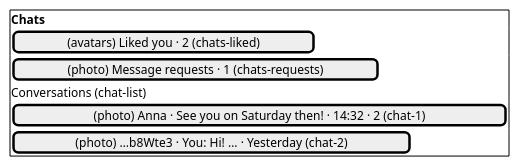
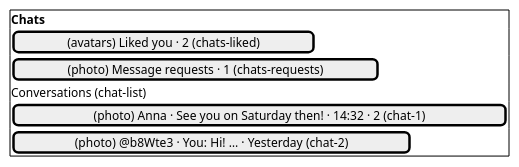
One commit to abbat/dyapp changed diagram 11 of 15 in docs/design/desktop-screens.md. Above: the diagram before and after it, drawn with PlantUML. The commit also changed other lines of this file and 2 other files, not shown here.

````diff
--- a/docs/design/desktop-screens.md
+++ b/docs/design/desktop-screens.md
@@ -215,12 +215,12 @@
 ```plantuml
 @startsalt
 {+
 <b>Chats
 [(avatars) Liked you · 2 (chats-liked)]
 [(photo) Message requests · 1 (chats-requests)]
 Conversations (chat-list)
 [(photo) Anna · See you on Saturday then! · 14:32 · 2 (chat-1)]
-[(photo) …b8Wte3 · You: Hi! … · Yesterday (chat-2)]
+[(photo) @b8Wte3 · You: Hi! … · Yesterday (chat-2)]
 }
 @endsalt
 ```
````
